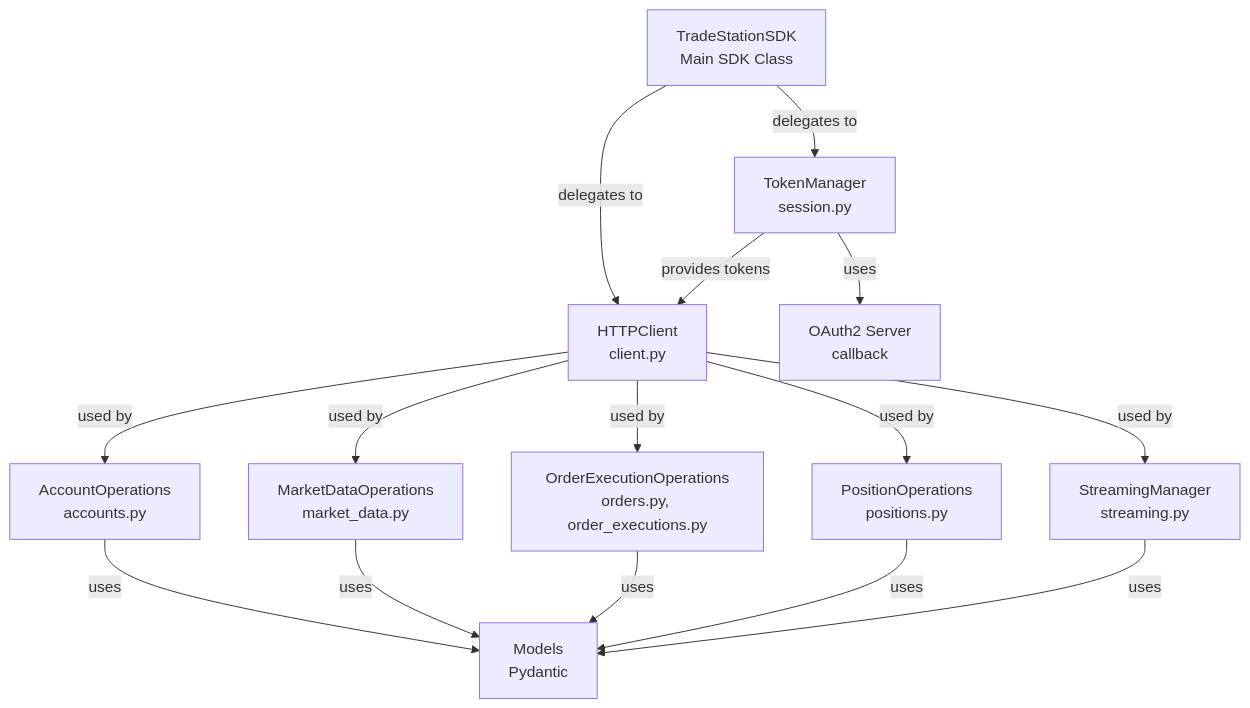
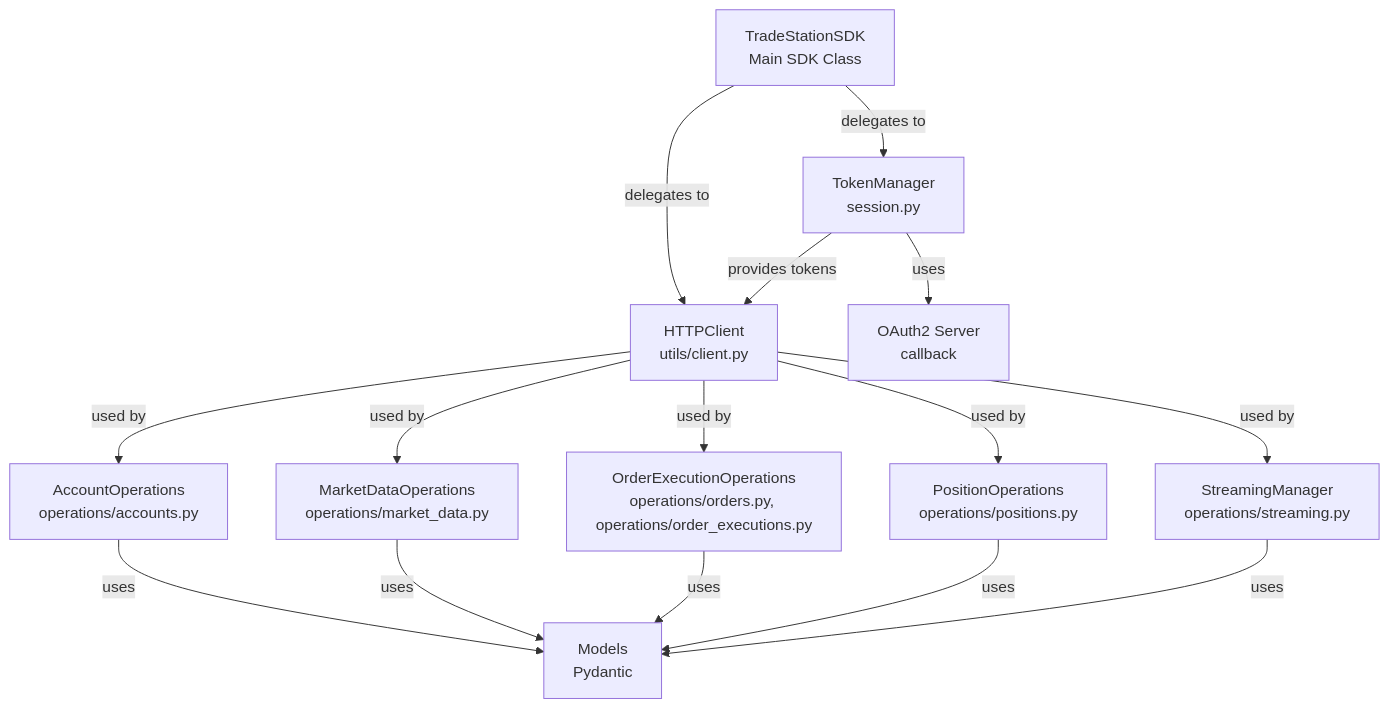
The first of 11 diagrams in docs/architecture/overview.md (benlaube/tradestation-sdk-python), drawn with Mermaid before and after one commit. The commit also changed other lines of this file and 21 other files, not shown here.

````diff
--- a/docs/architecture/overview.md
+++ b/docs/architecture/overview.md
@@ -24,22 +24,22 @@
 ```mermaid
 graph TB
     SDK[TradeStationSDK<br/>Main SDK Class]
     
     SDK -->|delegates to| TokenManager[TokenManager<br/>session.py]
-    SDK -->|delegates to| HTTPClient[HTTPClient<br/>client.py]
+    SDK -->|delegates to| HTTPClient[HTTPClient<br/>utils/client.py]
     
     TokenManager -->|uses| OAuth2[OAuth2 Server<br/>callback]
     TokenManager -->|provides tokens| HTTPClient
     
-    HTTPClient -->|used by| Accounts[AccountOperations<br/>accounts.py]
-    HTTPClient -->|used by| MarketData[MarketDataOperations<br/>market_data.py]
-    HTTPClient -->|used by| Orders[OrderExecutionOperations<br/>orders.py, order_executions.py]
-    HTTPClient -->|used by| Positions[PositionOperations<br/>positions.py]
-    HTTPClient -->|used by| Streaming[StreamingManager<br/>streaming.py]
+    HTTPClient -->|used by| Accounts[AccountOperations<br/>operations/accounts.py]
+    HTTPClient -->|used by| MarketData[MarketDataOperations<br/>operations/market_data.py]
+    HTTPClient -->|used by| Orders[OrderExecutionOperations<br/>operations/orders.py, operations/order_executions.py]
+    HTTPClient -->|used by| Positions[PositionOperations<br/>operations/positions.py]
+    HTTPClient -->|used by| Streaming[StreamingManager<br/>operations/streaming.py]
     
     Accounts -->|uses| Models[Models<br/>Pydantic]
     MarketData -->|uses| Models
     Orders -->|uses| Models
     Positions -->|uses| Models
     Streaming -->|uses| Models
 ```
````
